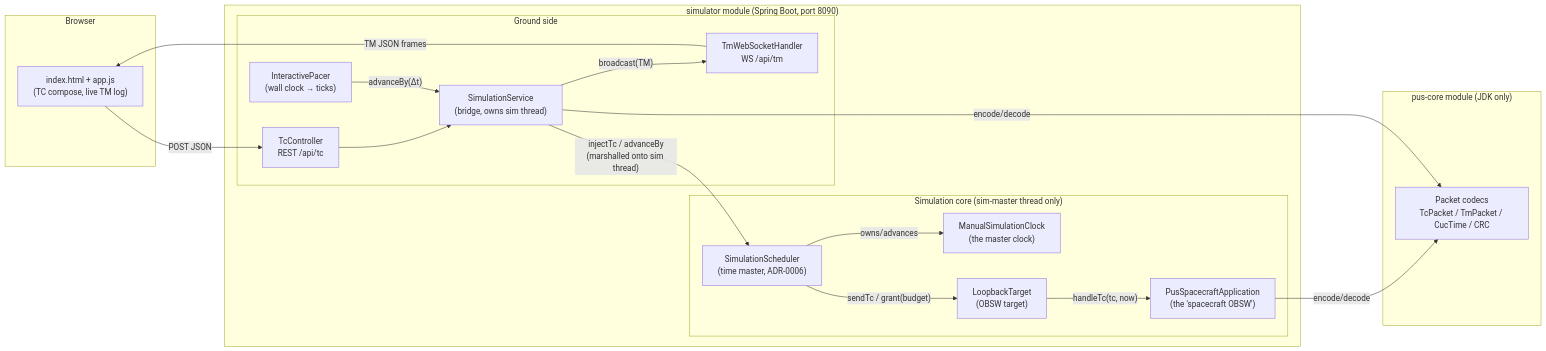
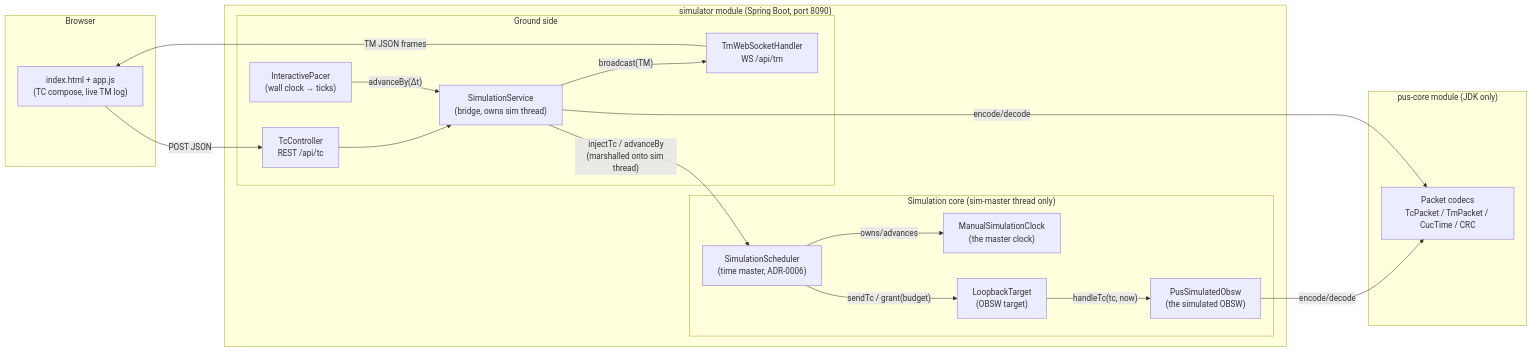
The first of 5 diagrams in docs/sdd.md (cmoellmann/satsim), drawn with Mermaid before and after one commit. The commit also changed other lines of this file and 10 other files, not shown here.

First line of the commit message:
refactor(simulator): rename SpacecraftApplication → SimulatedObsw (host vs. software clarity)

````diff
--- a/docs/sdd.md
+++ b/docs/sdd.md
@@ -47,35 +47,35 @@
 ```mermaid
 flowchart LR
   subgraph Browser
     FE["index.html + app.js<br/>(TC compose, live TM log)"]
   end
   subgraph "simulator module (Spring Boot, port 8090)"
     subgraph "Ground side"
       TCC["TcController<br/>REST /api/tc"]
       WSH["TmWebSocketHandler<br/>WS /api/tm"]
       SVC["SimulationService<br/>(bridge, owns sim thread)"]
       PACER["InteractivePacer<br/>(wall clock → ticks)"]
     end
     subgraph "Simulation core (sim-master thread only)"
       SCHED["SimulationScheduler<br/>(time master, ADR-0006)"]
       CLK["ManualSimulationClock<br/>(the master clock)"]
       TGT["LoopbackTarget<br/>(OBSW target)"]
-      APP["PusSpacecraftApplication<br/>(the 'spacecraft OBSW')"]
+      APP["PusSimulatedObsw<br/>(the simulated OBSW)"]
     end
   end
   subgraph "pus-core module (JDK only)"
     CODEC["Packet codecs<br/>TcPacket / TmPacket / CucTime / CRC"]
   end
 
   FE -- "POST JSON" --> TCC
   WSH -- "TM JSON frames" --> FE
   TCC --> SVC
   PACER -- "advanceBy(Δt)" --> SVC
   SVC -- "injectTc / advanceBy<br/>(marshalled onto sim thread)" --> SCHED
   SVC -- "broadcast(TM)" --> WSH
   SCHED -- "owns/advances" --> CLK
   SCHED -- "sendTc / grant(budget)" --> TGT
   TGT -- "handleTc(tc, now)" --> APP
   APP -- "encode/decode" --> CODEC
   SVC -- "encode/decode" --> CODEC
 ```
````
